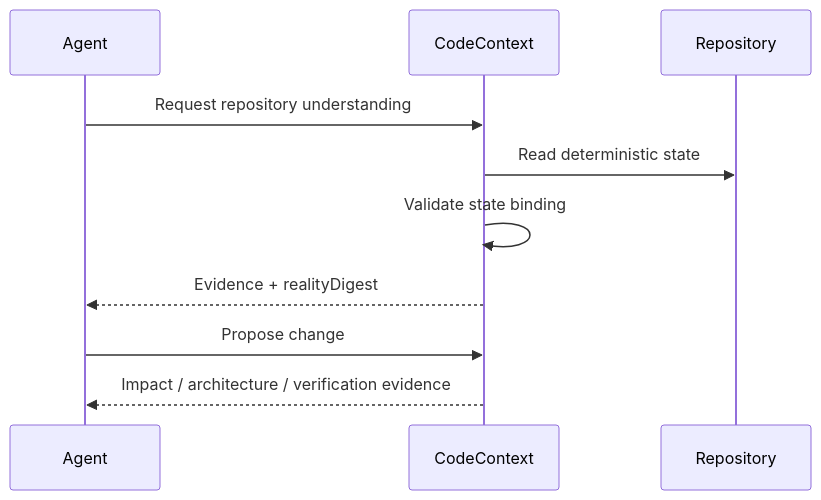
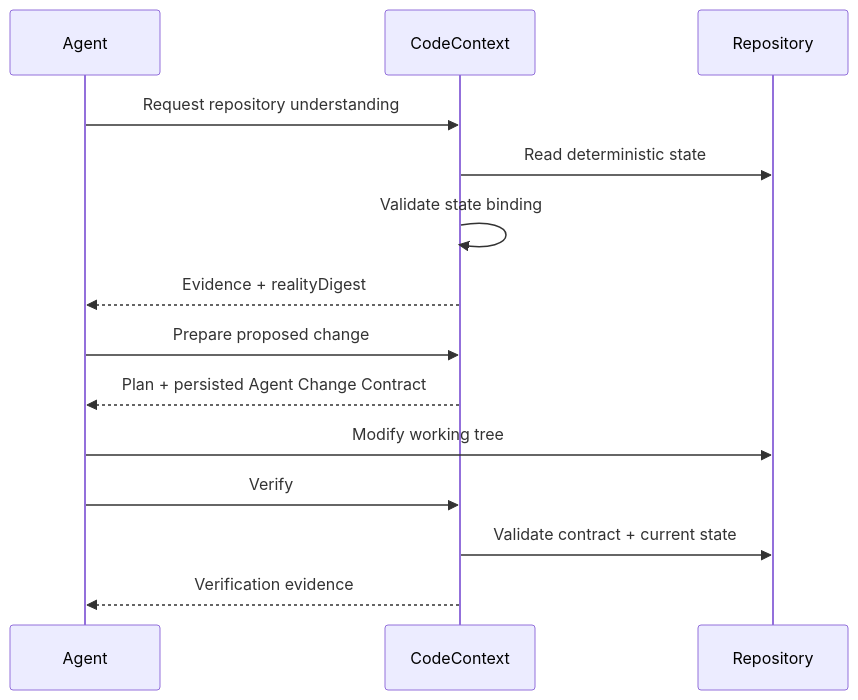
One commit to sonii-shivansh/CodeContext changed the third of 3 diagrams in docs/ENGINEERING_REALITY.md. Above: the diagram before and after it, drawn with Mermaid. The commit also changed other lines of this file and 9 other files, not shown here.

````diff
--- a/docs/ENGINEERING_REALITY.md
+++ b/docs/ENGINEERING_REALITY.md
@@ -122,12 +122,16 @@
 ```mermaid
 sequenceDiagram
     participant Agent
     participant CC as CodeContext
     participant Repo as Repository
     Agent->>CC: Request repository understanding
     CC->>Repo: Read deterministic state
     CC->>CC: Validate state binding
     CC-->>Agent: Evidence + realityDigest
-    Agent->>CC: Propose change
-    CC-->>Agent: Impact / architecture / verification evidence
+    Agent->>CC: Prepare proposed change
+    CC-->>Agent: Plan + persisted Agent Change Contract
+    Agent->>Repo: Modify working tree
+    Agent->>CC: Verify
+    CC->>Repo: Validate contract + current state
+    CC-->>Agent: Verification evidence
 ```
````
